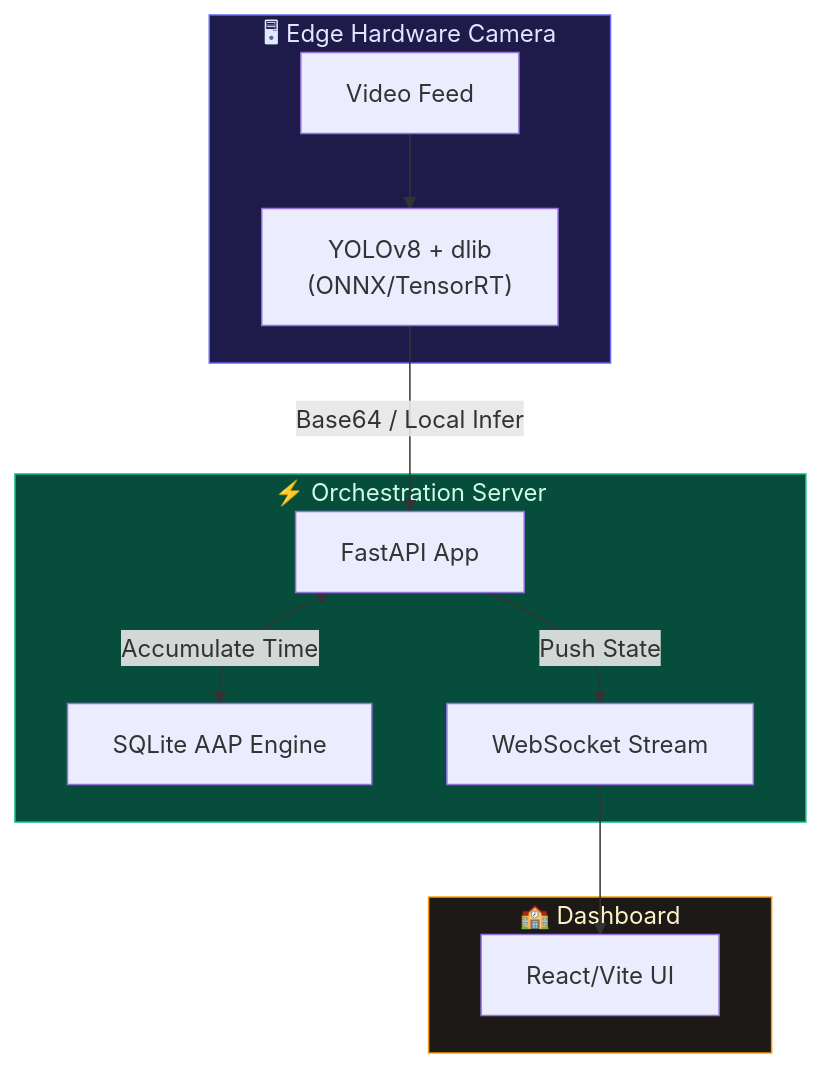
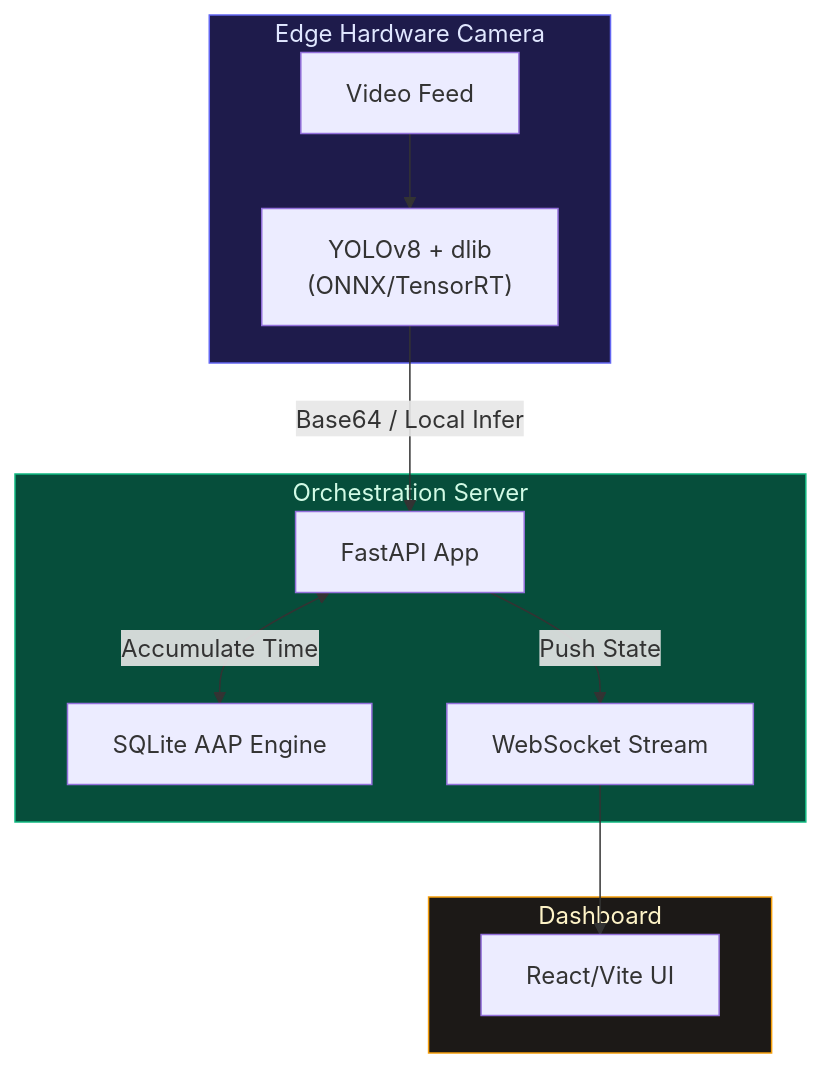
One commit to Panchadip-128/Smart-Classroom-System changed the diagram in README.md. Above: the diagram before and after it, drawn with Mermaid. The commit also changed other lines of this file and 1 other file, not shown here.

````diff
--- a/README.md
+++ b/README.md
@@ -67,27 +65,27 @@
 ```mermaid
 graph TB
-    subgraph Edge ["🖥 Edge Hardware Camera"]
+    subgraph Edge ["Edge Hardware Camera"]
         Feed["Video Feed"]
         CV["YOLOv8 + dlib<br/>(ONNX/TensorRT)"]
     end
 
-    subgraph Backend ["⚡ Orchestration Server"]
+    subgraph Backend ["Orchestration Server"]
         API["FastAPI App"]
         DB["SQLite AAP Engine"]
         WS["WebSocket Stream"]
     end
 
-    subgraph Teacher ["🏫 Dashboard"]
+    subgraph Teacher ["Dashboard"]
         React["React/Vite UI"]
     end
 
     Feed --> CV
     CV -->|"Base64 / Local Infer"| API
     API <-->|"Accumulate Time"| DB
     API -->|"Push State"| WS
     WS --> React
 
     style Edge fill:#1e1b4b,stroke:#6366f1,color:#e0e7ff
     style Backend fill:#064e3b,stroke:#10b981,color:#d1fae5
     style Teacher fill:#1c1917,stroke:#f59e0b,color:#fef3c7
 ```
````
